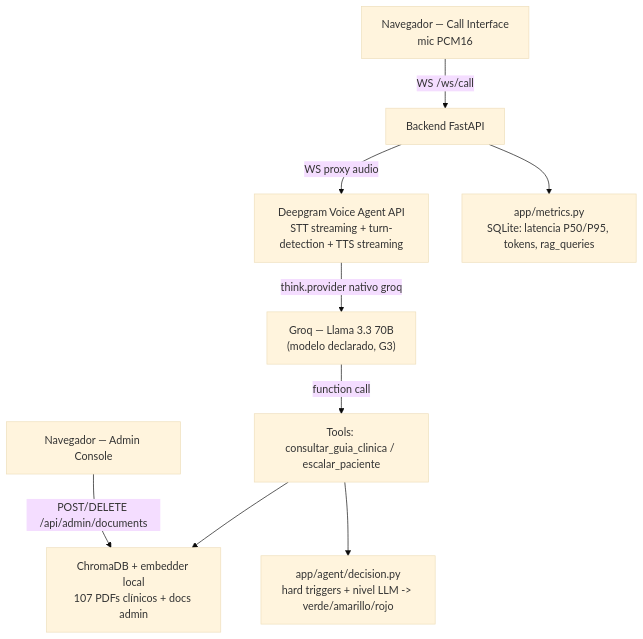
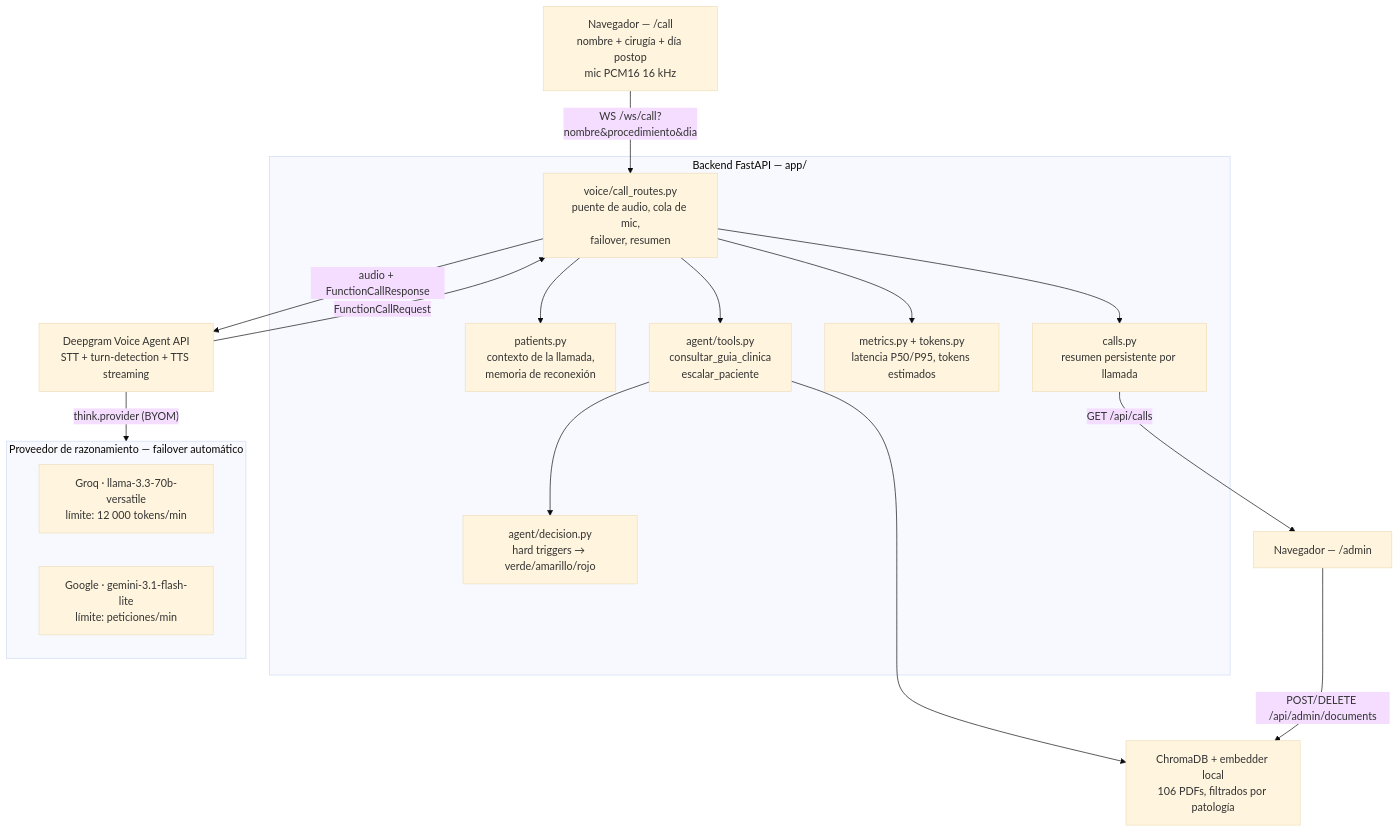
Before and after one commit to judmontoyaso/agent_postop: the diagram in docs/architecture.md, drawn with Mermaid (base theme). The commit also changed other lines of this file and 13 other files, not shown here.

````diff
--- a/docs/architecture.md
+++ b/docs/architecture.md
@@ -3,11 +3,35 @@
 ```mermaid
 graph TD
-    B["Navegador — Call Interface<br/>mic PCM16"] -->|WS /ws/call| BE["Backend FastAPI"]
-    BE -->|WS proxy audio| DG["Deepgram Voice Agent API<br/>STT streaming + turn-detection + TTS streaming"]
-    DG -->|think.provider nativo groq| GROQ["Groq — Llama 3.3 70B<br/>(modelo declarado, G3)"]
-    GROQ -->|function call| TOOLS["Tools: consultar_guia_clinica / escalar_paciente"]
-    TOOLS --> RAG["ChromaDB + embedder local<br/>107 PDFs clínicos + docs admin"]
-    ADM["Navegador — Admin Console"] -->|POST/DELETE /api/admin/documents| RAG
-    TOOLS --> DEC["app/agent/decision.py<br/>hard triggers + nivel LLM -> verde/amarillo/rojo"]
-    BE --> MET["app/metrics.py<br/>SQLite: latencia P50/P95, tokens, rag_queries"]
+    B["Navegador — /call<br/>nombre + cirugía + día postop<br/>mic PCM16 16 kHz"]
+    B -->|"WS /ws/call?nombre&procedimiento&dia"| BE
+
+    subgraph backend["Backend FastAPI — app/"]
+        BE["voice/call_routes.py<br/>puente de audio, cola de mic,<br/>failover, resumen"]
+        PAT["patients.py<br/>contexto de la llamada,<br/>memoria de reconexión"]
+        TOOLS["agent/tools.py<br/>consultar_guia_clinica<br/>escalar_paciente"]
+        DEC["agent/decision.py<br/>hard triggers → verde/amarillo/rojo"]
+        MET["metrics.py + tokens.py<br/>latencia P50/P95, tokens estimados"]
+        CALLS["calls.py<br/>resumen persistente por llamada"]
+    end
+
+    BE --> PAT
+    BE -->|"audio + FunctionCallResponse"| DG
+    DG -->|"FunctionCallRequest"| BE
+    BE --> TOOLS
+    TOOLS --> DEC
+    TOOLS --> RAG
+    BE --> MET
+    BE --> CALLS
+
+    DG["Deepgram Voice Agent API<br/>STT + turn-detection + TTS streaming"]
+    DG -->|"think.provider (BYOM)"| PROV
+
+    subgraph PROV["Proveedor de razonamiento — failover automático"]
+        GROQ["Groq · llama-3.3-70b-versatile<br/>límite: 12 000 tokens/min"]
+        GEM["Google · gemini-3.1-flash-lite<br/>límite: peticiones/min"]
+    end
+
+    RAG["ChromaDB + embedder local<br/>106 PDFs, filtrados por patología"]
+    ADM["Navegador — /admin"] -->|"POST/DELETE /api/admin/documents"| RAG
+    CALLS -->|"GET /api/calls"| ADM
 ```
````
